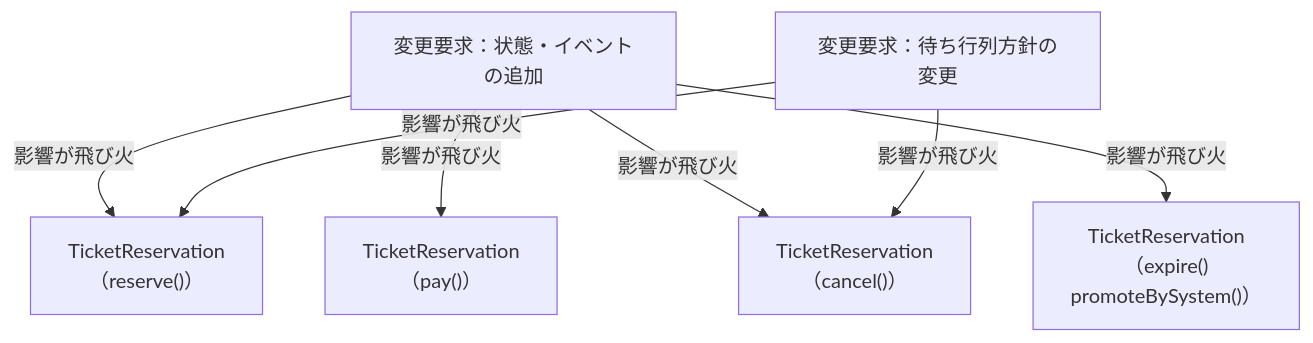
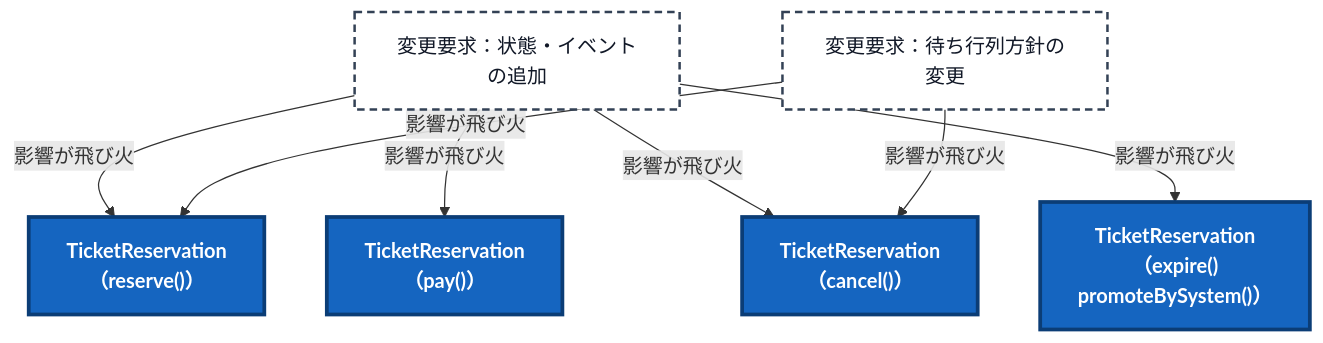
The ninth of 18 diagrams in kindle/design-patterns/books/volume01-core-patterns/output/04-chapter02.md (kumachan1101-pixel/DesignPattern), drawn with Mermaid before and after one commit. The commit also changed other lines of this file and 19 other files, not shown here.

First line of the commit message:
図の変更箇所を色で示し、変更前後の対比の説明構造をそろえる

````diff
--- a/kindle/design-patterns/books/volume01-core-patterns/output/04-chapter02.md
+++ b/kindle/design-patterns/books/volume01-core-patterns/output/04-chapter02.md
@@ -1283,9 +1283,13 @@
 ```mermaid
 graph TD
-    T1["変更要求：状態・イベントの追加"] -->|"影響が飛び火"| A["TicketReservation<br>（reserve()）"]
-    T1 -->|"影響が飛び火"| B["TicketReservation<br>（pay()）"]
-    T1 -->|"影響が飛び火"| C["TicketReservation<br>（cancel()）"]
-    T1 -->|"影響が飛び火"| D["TicketReservation<br>（expire()<br>promoteBySystem()）"]
-    T2["変更要求：待ち行列方針の変更"] -->|"影響が飛び火"| A
+    T1["変更要求：状態・イベントの追加"]:::req -->|"影響が飛び火"| A["TicketReservation<br>（reserve()）"]:::changed
+    T1 -->|"影響が飛び火"| B["TicketReservation<br>（pay()）"]:::changed
+    T1 -->|"影響が飛び火"| C["TicketReservation<br>（cancel()）"]:::changed
+    T1 -->|"影響が飛び火"| D["TicketReservation<br>（expire()<br>promoteBySystem()）"]:::changed
+    T2["変更要求：待ち行列方針の変更"]:::req -->|"影響が飛び火"| A
     T2 -->|"影響が飛び火"| C
+
+    classDef req fill:#ffffff,stroke:#334155,stroke-width:2px,stroke-dasharray:6 4,color:#111827;
+    classDef keep fill:#f1f5f9,stroke:#94a3b8,color:#334155;
+    classDef changed fill:#1565c0,stroke:#0b3d76,stroke-width:3px,color:#ffffff,font-weight:bold;
 ```
````
